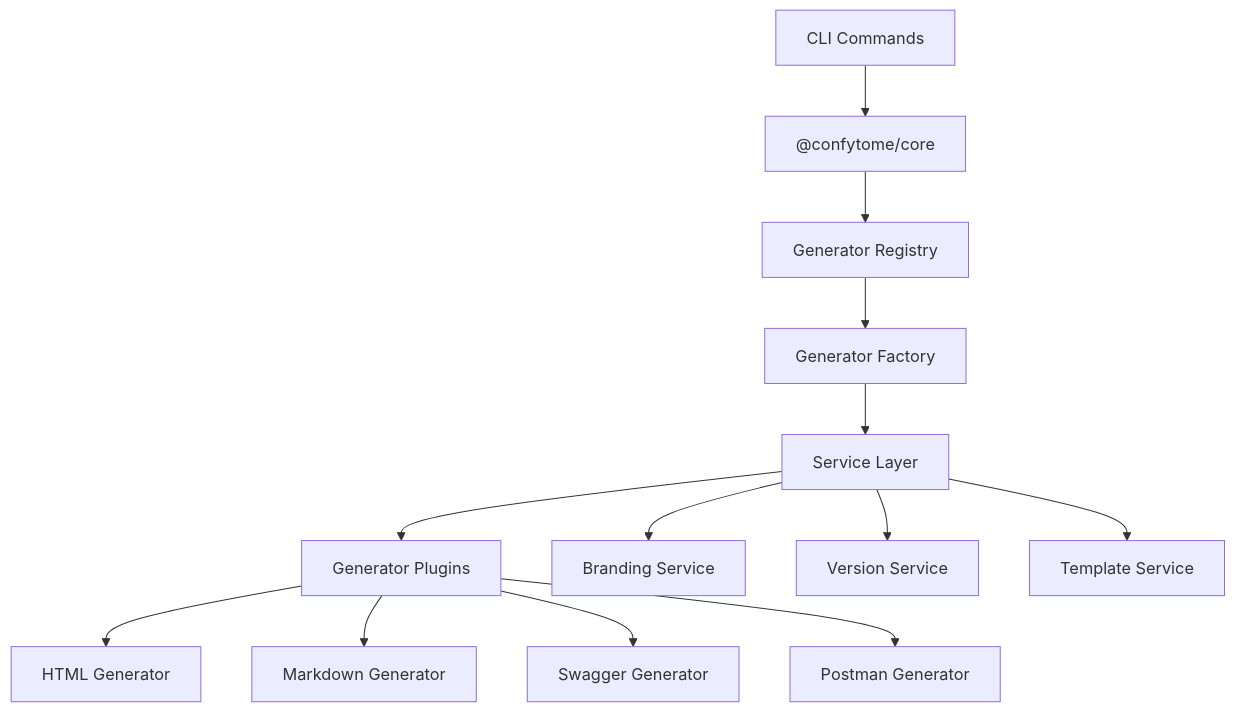
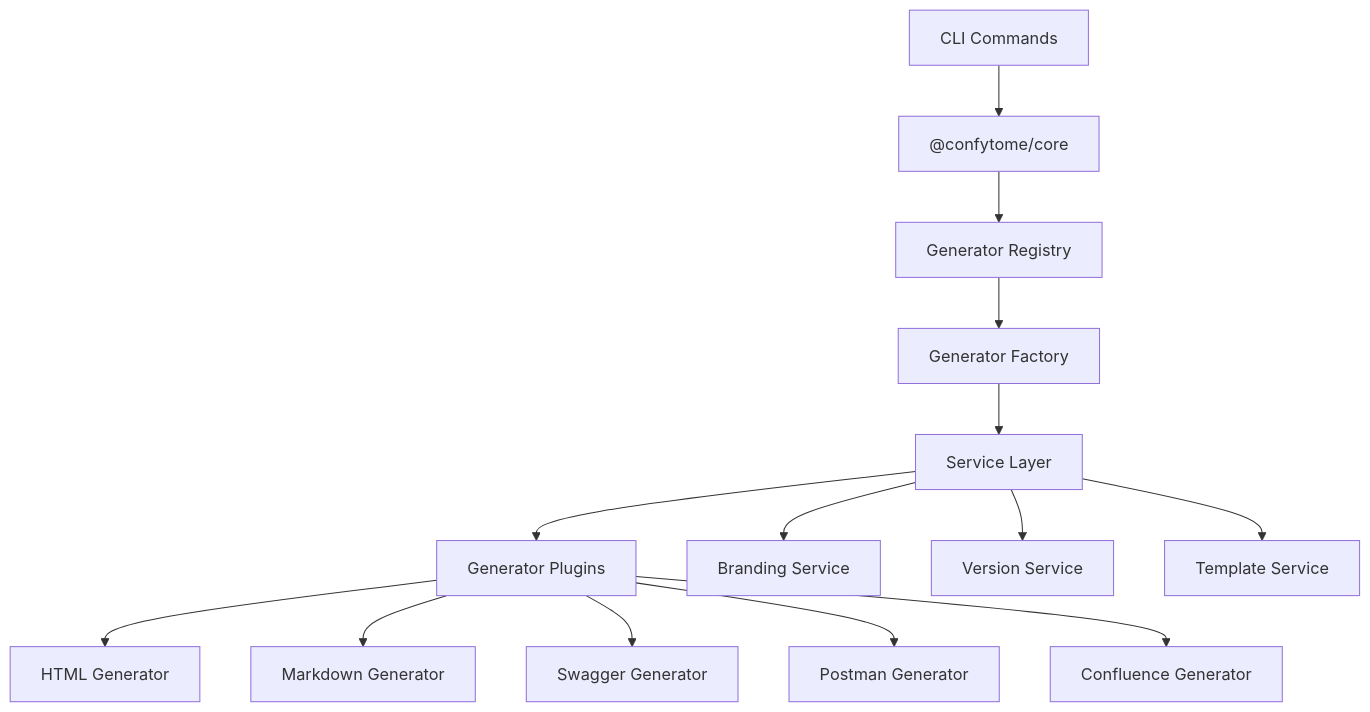
One commit to n-ae/confytome changed the diagram in README.md. Above: the diagram before and after it, drawn with Mermaid. The commit also changed other lines of this file, not shown here.

Commit message:
docs: update README with confluence package, Node >=20, and architecture fixes

````diff
--- a/README.md
+++ b/README.md
@@ -101,17 +102,18 @@
 ```mermaid
 graph TB
     CLI[CLI Commands] --> Core["@confytome/core"]
     Core --> Registry[Generator Registry]
     Registry --> Factory[Generator Factory]
     Factory --> Services[Service Layer]
     Services --> Generators[Generator Plugins]
 
     Services --> Branding[Branding Service]
     Services --> Version[Version Service]
     Services --> Template[Template Service]
 
     Generators --> HTML[HTML Generator]
     Generators --> Markdown[Markdown Generator]
     Generators --> Swagger[Swagger Generator]
     Generators --> Postman[Postman Generator]
+    Generators --> Confluence[Confluence Generator]
 ```
````
